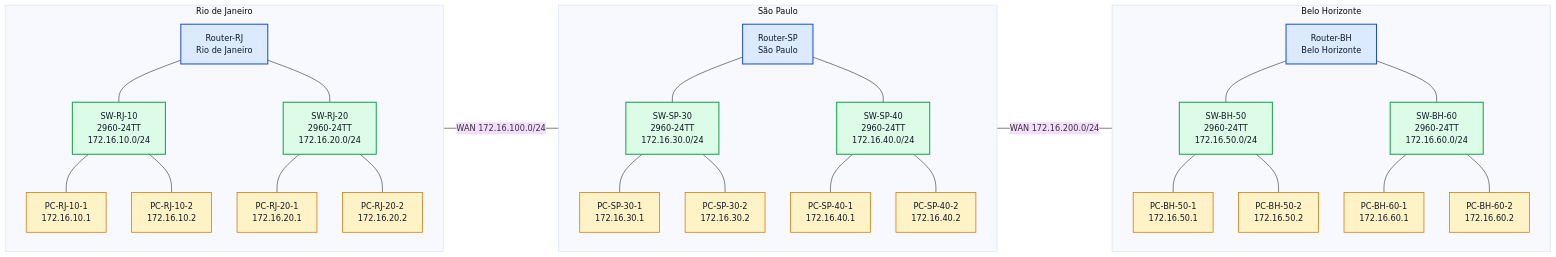
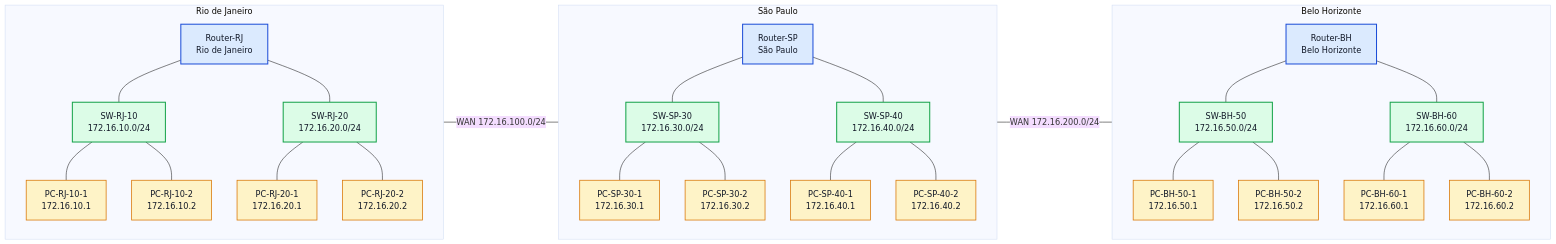
Before and after one commit to oficialvzi/PTR: the diagram in labs/lab05.md, drawn with Mermaid (base theme). The commit also changed other lines of this file, not shown here.

```diff
--- a/labs/lab05.md
+++ b/labs/lab05.md
@@ -61,8 +77,8 @@
   subgraph RJ["Rio de Janeiro"]
     direction TB
     RJR
-    SWRJ10["SW-RJ-10<br/>2960-24TT<br/>172.16.10.0/24"]
-    SWRJ20["SW-RJ-20<br/>2960-24TT<br/>172.16.20.0/24"]
+    SWRJ10["SW-RJ-10<br/>172.16.10.0/24"]
+    SWRJ20["SW-RJ-20<br/>172.16.20.0/24"]
 
     RJR --- SWRJ10
     RJR --- SWRJ20
@@ -84,8 +100,8 @@
   subgraph SP["São Paulo"]
     direction TB
     SPR
-    SWSP30["SW-SP-30<br/>2960-24TT<br/>172.16.30.0/24"]
-    SWSP40["SW-SP-40<br/>2960-24TT<br/>172.16.40.0/24"]
+    SWSP30["SW-SP-30<br/>172.16.30.0/24"]
+    SWSP40["SW-SP-40<br/>172.16.40.0/24"]
 
     SPR --- SWSP30
     SPR --- SWSP40
@@ -107,8 +123,8 @@
   subgraph BH["Belo Horizonte"]
     direction TB
     BHR
-    SWBH50["SW-BH-50<br/>2960-24TT<br/>172.16.50.0/24"]
-    SWBH60["SW-BH-60<br/>2960-24TT<br/>172.16.60.0/24"]
+    SWBH50["SW-BH-50<br/>172.16.50.0/24"]
+    SWBH60["SW-BH-60<br/>172.16.60.0/24"]
 
     BHR --- SWBH50
     BHR --- SWBH60
```
